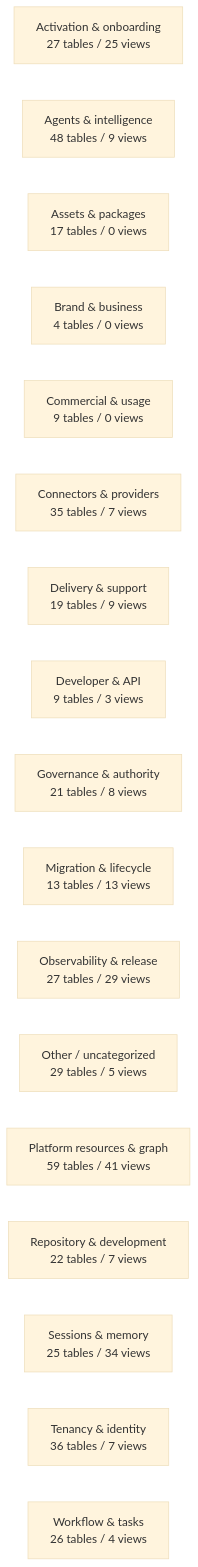
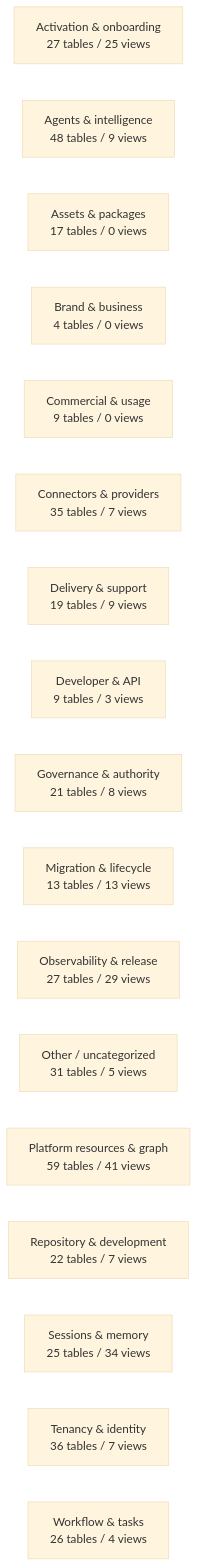
The diagram in docs/work-maps/data-model-domain-map.md (mad4bdigital-ai/multi-business-multi-role-growth-intelligence-os), drawn with Mermaid (base theme) before and after one commit. The commit also changed other lines of this file and 3 other files, not shown here.

````diff
--- a/docs/work-maps/data-model-domain-map.md
+++ b/docs/work-maps/data-model-domain-map.md
@@ -9,20 +9,20 @@
 ```mermaid
 flowchart LR
   n_Activation___onboarding["Activation & onboarding<br/>27 tables / 25 views"]
   n_Agents___intelligence["Agents & intelligence<br/>48 tables / 9 views"]
   n_Assets___packages["Assets & packages<br/>17 tables / 0 views"]
   n_Brand___business["Brand & business<br/>4 tables / 0 views"]
   n_Commercial___usage["Commercial & usage<br/>9 tables / 0 views"]
   n_Connectors___providers["Connectors & providers<br/>35 tables / 7 views"]
   n_Delivery___support["Delivery & support<br/>19 tables / 9 views"]
   n_Developer___API["Developer & API<br/>9 tables / 3 views"]
   n_Governance___authority["Governance & authority<br/>21 tables / 8 views"]
   n_Migration___lifecycle["Migration & lifecycle<br/>13 tables / 13 views"]
   n_Observability___release["Observability & release<br/>27 tables / 29 views"]
-  n_Other___uncategorized["Other / uncategorized<br/>29 tables / 5 views"]
+  n_Other___uncategorized["Other / uncategorized<br/>31 tables / 5 views"]
   n_Platform_resources___graph["Platform resources & graph<br/>59 tables / 41 views"]
   n_Repository___development["Repository & development<br/>22 tables / 7 views"]
   n_Sessions___memory["Sessions & memory<br/>25 tables / 34 views"]
   n_Tenancy___identity["Tenancy & identity<br/>36 tables / 7 views"]
   n_Workflow___tasks["Workflow & tasks<br/>26 tables / 4 views"]
 ```
````
